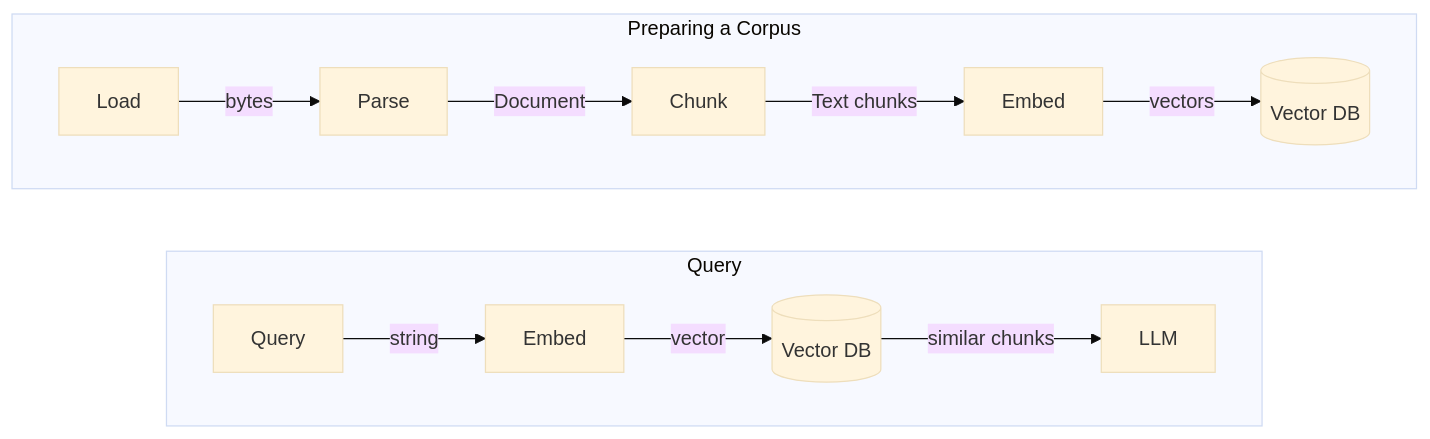
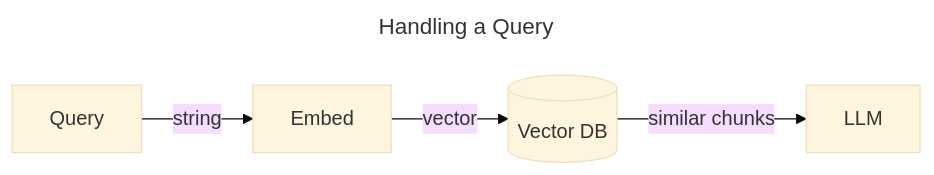
The second of 2 diagrams in packages/docs/docs/guides/docsqa.md (fixie-ai/ai-jsx), drawn with Mermaid (base theme) before and after one commit. The commit also changed other lines of this file, not shown here.

Commit message:
Work around Docusaurus Mermaid bug.

````diff
--- a/packages/docs/docs/guides/docsqa.md
+++ b/packages/docs/docs/guides/docsqa.md
@@ -11,12 +19,7 @@
 ```mermaid
-flowchart TD
-  subgraph load[Preparing a Corpus]
-    direction LR
-    Load -->|bytes| Parse -->|Document| Chunk -->|Text chunks| Embed -->|vectors| vdb[(Vector DB)]
-    end
-  subgraph query[Query]
-    direction LR
-    que[Query] -->|string| embed2[Embed] -->|vector| vdb2[(Vector DB)] -->|similar chunks| LLM
-    end
-load ~~~ query
+---
+title: Handling a Query
+---
+flowchart LR
+  que[Query] -->|string| embed2[Embed] -->|vector| vdb2[(Vector DB)] -->|similar chunks| LLM
 ```
````
